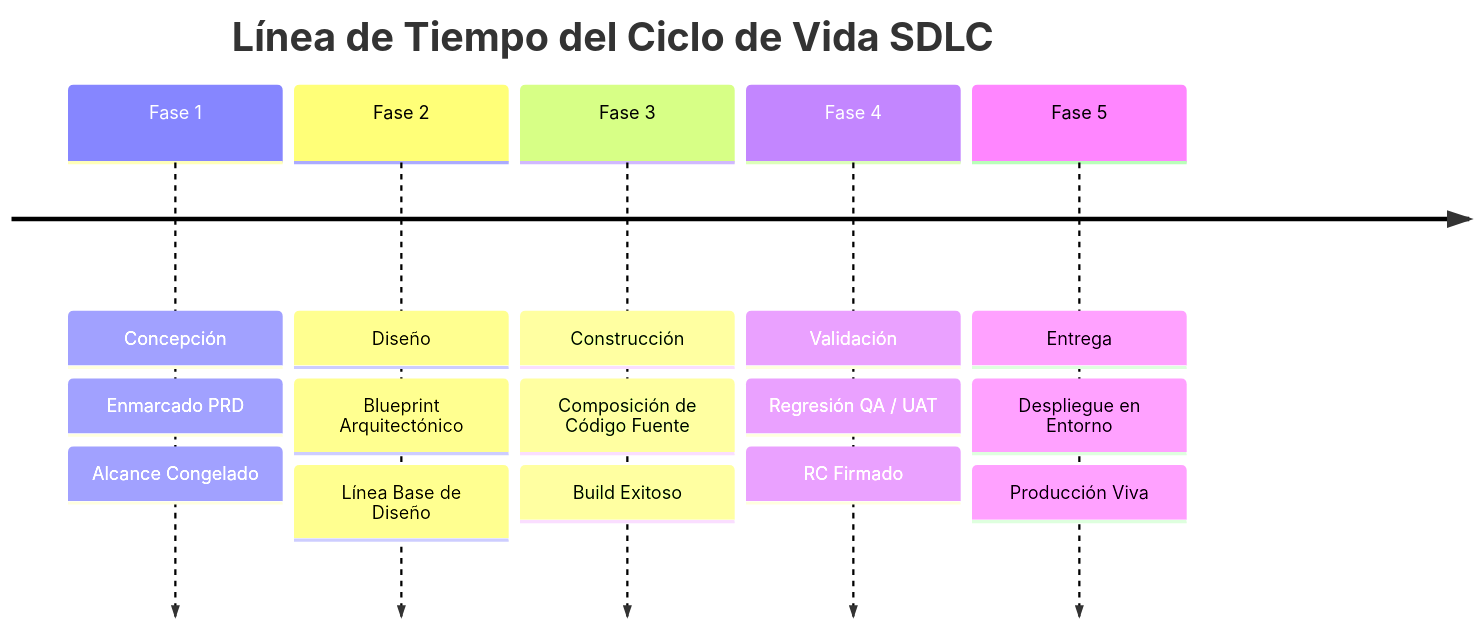
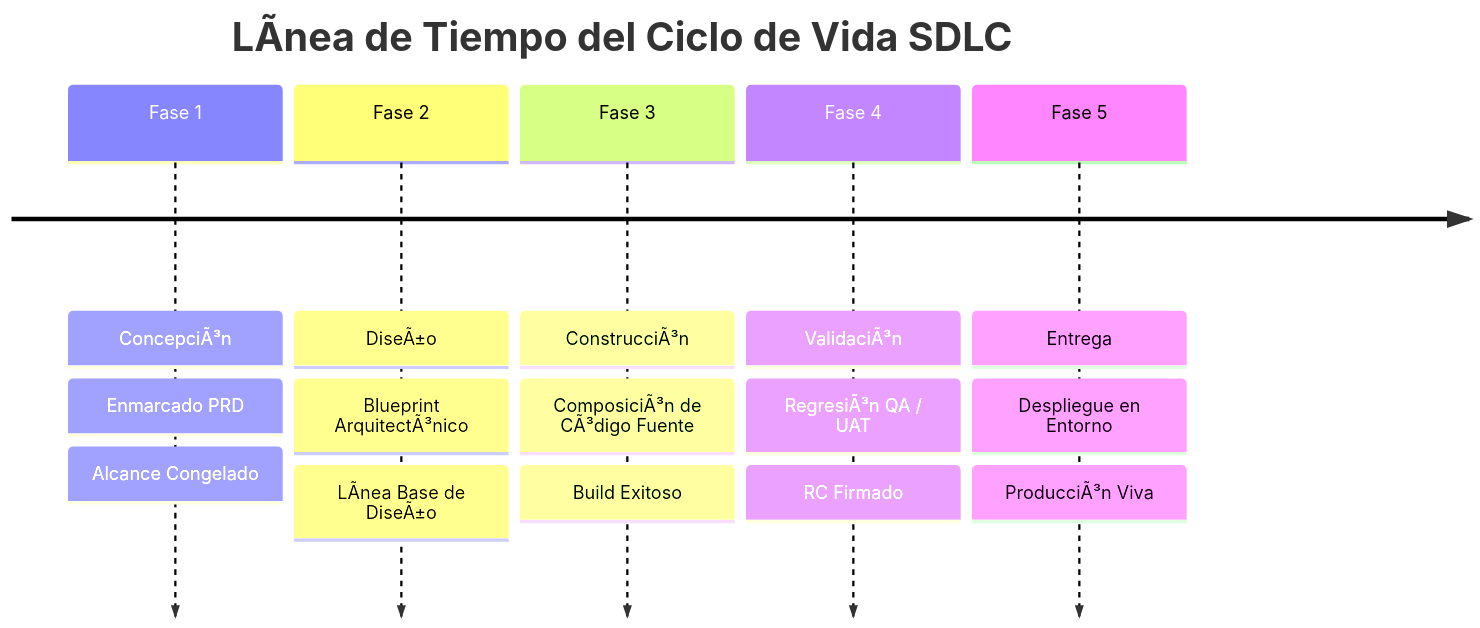
Before and after one commit to beyondnetcode/arc32_nodejs_progresive_monolith: the first of 2 diagrams in governance/sdlc-es/02-engineering/construction-focused-sdlc-framework.md, drawn with Mermaid. The commit also changed other lines of this file and 303 other files, not shown here.

````diff
--- a/governance/sdlc-es/02-engineering/construction-focused-sdlc-framework.md
+++ b/governance/sdlc-es/02-engineering/construction-focused-sdlc-framework.md
@@ -20,9 +20,9 @@
 ```mermaid
 timeline
-    title Línea de Tiempo del Ciclo de Vida SDLC
-    Fase 1: Concepción : Enmarcado PRD : Alcance Congelado
-    Fase 2: Diseño : Blueprint Arquitectónico : Línea Base de Diseño
-    Fase 3: Construcción : Composición de Código Fuente : Build Exitoso
-    Fase 4: Validación : Regresión QA / UAT : RC Firmado
-    Fase 5: Entrega : Despliegue en Entorno : Producción Viva
+    title LÃ­nea de Tiempo del Ciclo de Vida SDLC
+    Fase 1: ConcepciÃ³n : Enmarcado PRD : Alcance Congelado
+    Fase 2: DiseÃ±o : Blueprint ArquitectÃ³nico : LÃ­nea Base de DiseÃ±o
+    Fase 3: ConstrucciÃ³n : ComposiciÃ³n de CÃ³digo Fuente : Build Exitoso
+    Fase 4: ValidaciÃ³n : RegresiÃ³n QA / UAT : RC Firmado
+    Fase 5: Entrega : Despliegue en Entorno : ProducciÃ³n Viva
 ```
````
